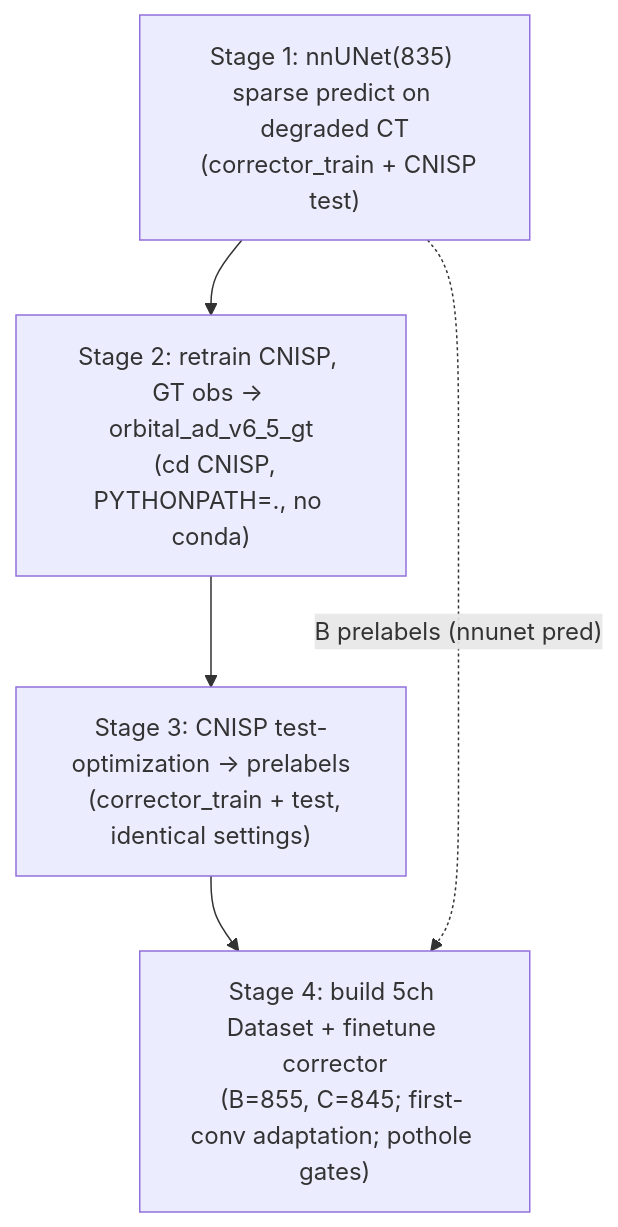
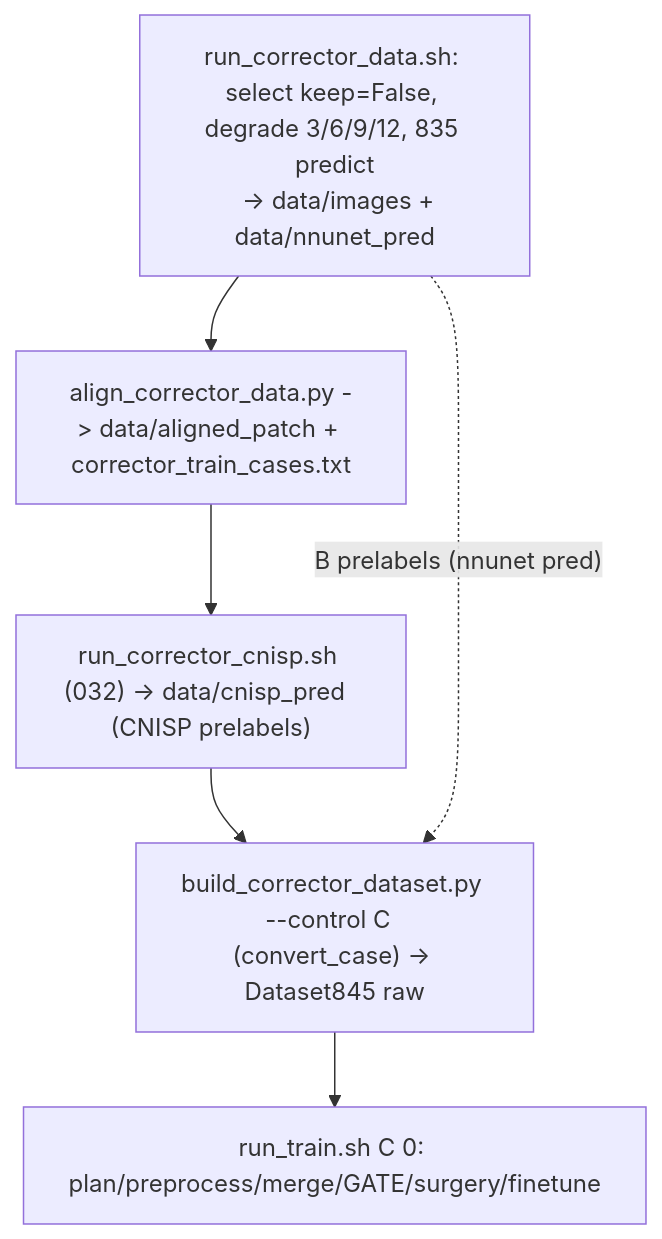
One commit to Zhenhan-Lin/CNISP changed the first of 2 diagrams in nnunet-c/README.md. Above: the diagram before and after it, drawn with Mermaid. The commit also changed other lines of this file and 18 other files, not shown here.

````diff
--- a/nnunet-c/README.md
+++ b/nnunet-c/README.md
@@ -30,13 +35,11 @@
 ```mermaid
 flowchart TD
-  s1["Stage 1: nnUNet(835) sparse predict on degraded CT
-  (corrector_train + CNISP test)"]
-  s2["Stage 2: retrain CNISP, GT obs -> orbital_ad_v6_5_gt
-  (cd CNISP, PYTHONPATH=., no conda)"]
-  s3["Stage 3: CNISP test-optimization -> prelabels
-  (corrector_train + test, identical settings)"]
-  s4["Stage 4: build 5ch Dataset + finetune corrector
-  (B=855, C=845; first-conv adaptation; pothole gates)"]
-  s1 --> s2 --> s3 --> s4
-  s1 -. "B prelabels (nnunet pred)" .-> s4
+  d["run_corrector_data.sh: select keep=False, degrade 3/6/9/12, 835 predict
+  -> data/images + data/nnunet_pred"]
+  a["align_corrector_data.py -> data/aligned_patch + corrector_train_cases.txt"]
+  c["run_corrector_cnisp.sh (032) -> data/cnisp_pred  (CNISP prelabels)"]
+  b["build_corrector_dataset.py --control C  (convert_case) -> Dataset845 raw"]
+  t["run_train.sh C 0: plan/preprocess/merge/GATE/surgery/finetune"]
+  d --> a --> c --> b --> t
+  d -. "B prelabels (nnunet pred)" .-> b
 ```
````
